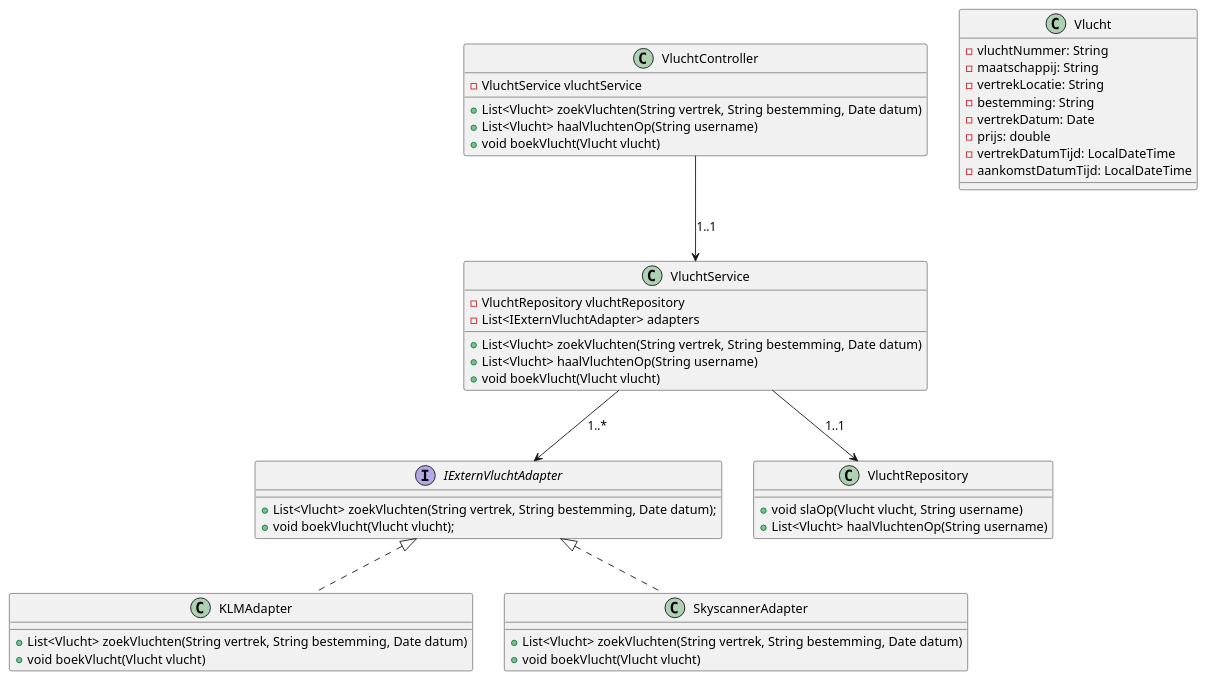
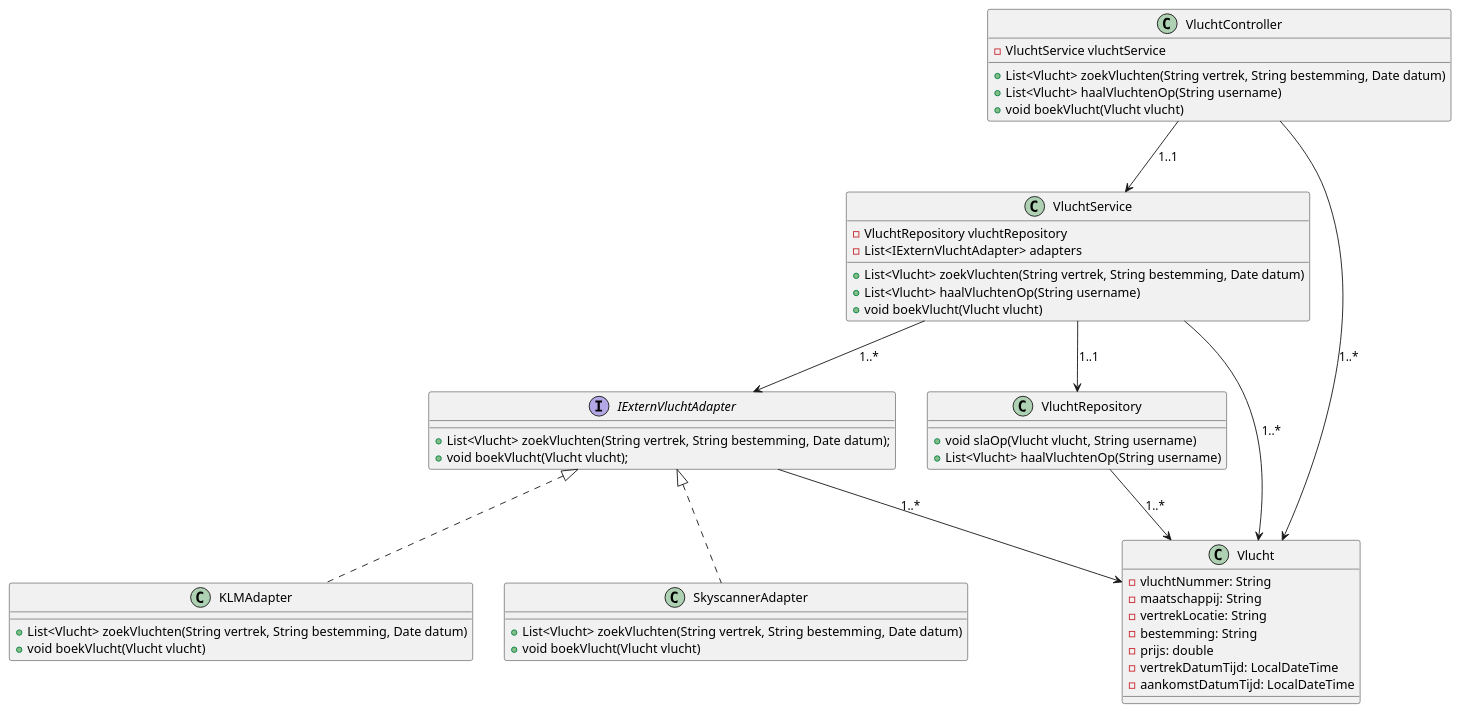
One commit to AIM-ENE-feb25/triptop-groep-6-caspar-khaled-daniel changed the diagram in persoonlijk werk/classDiagram.puml. Above: the diagram before and after it, drawn with PlantUML. The commit also changed 1 other file, not shown here.

```diff
--- a/persoonlijk werk/classDiagram.puml
+++ b/persoonlijk werk/classDiagram.puml
@@ -1,60 +1,57 @@
 @startuml class diagram
 
 class VluchtController {
     - VluchtService vluchtService
     + List<Vlucht> zoekVluchten(String vertrek, String bestemming, Date datum)
     + List<Vlucht> haalVluchtenOp(String username)
     + void boekVlucht(Vlucht vlucht)
 }
 
 class VluchtService {
     - VluchtRepository vluchtRepository
     - List<IExternVluchtAdapter> adapters
     + List<Vlucht> zoekVluchten(String vertrek, String bestemming, Date datum)
     + List<Vlucht> haalVluchtenOp(String username)
     + void boekVlucht(Vlucht vlucht)
 }
 
 interface IExternVluchtAdapter {
     + List<Vlucht> zoekVluchten(String vertrek, String bestemming, Date datum);
     + void boekVlucht(Vlucht vlucht);
 }
 
 class KLMAdapter implements IExternVluchtAdapter {
     + List<Vlucht> zoekVluchten(String vertrek, String bestemming, Date datum)
     + void boekVlucht(Vlucht vlucht)
 }
 
 class SkyscannerAdapter implements IExternVluchtAdapter {
     + List<Vlucht> zoekVluchten(String vertrek, String bestemming, Date datum)
     + void boekVlucht(Vlucht vlucht)
 }
 
 class VluchtRepository {
     + void slaOp(Vlucht vlucht, String username)
     + List<Vlucht> haalVluchtenOp(String username)
 }
 
 class Vlucht {
     - vluchtNummer: String
     - maatschappij: String
     - vertrekLocatie: String
     - bestemming: String
-    - vertrekDatum: Date
     - prijs: double
     - vertrekDatumTijd: LocalDateTime
     - aankomstDatumTijd: LocalDateTime
 }
 
 VluchtController --> VluchtService : 1..1
 VluchtService --> VluchtRepository : 1..1
 VluchtService --> IExternVluchtAdapter : 1..*
 
-'Om het diagram duidelijk te houden zijn deze relaties niet gemaakt:
-
-'VluchtService --> Vlucht : 1..*
-'VluchtController --> Vlucht : 1..*
-'VluchtRepository --> Vlucht : 1..*
-'IExternVluchtAdapter --> Vlucht : 1..*
+VluchtService --> Vlucht : 1..*
+VluchtController --> Vlucht : 1..*
+VluchtRepository --> Vlucht : 1..*
+IExternVluchtAdapter --> Vlucht : 1..*
 
 @enduml
```
